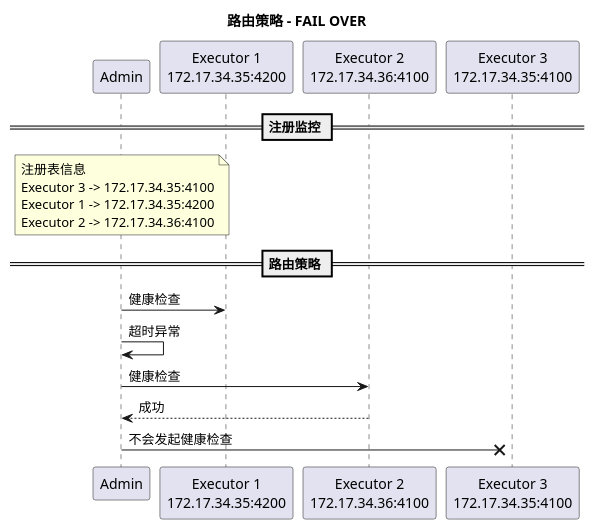
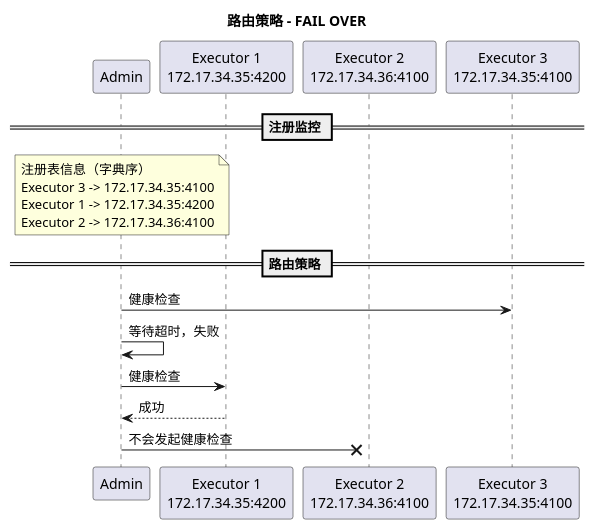
The diagram in doc/uml/sequence/admin/route-fail-over.puml (Sean-K-Wu/xxl-job), drawn with PlantUML before and after one commit. The commit also changed 13 other files, not shown here.

```diff
--- a/doc/uml/sequence/admin/route-fail-over.puml
+++ b/doc/uml/sequence/admin/route-fail-over.puml
@@ -1,23 +1,23 @@
 @startuml
 title 路由策略 - FAIL OVER
 
 participant a as "Admin" order 10
 participant e1 as "Executor 1\n172.17.34.35:4200" order 20
 participant e2 as "Executor 2\n172.17.34.36:4100" order 30
 participant e3 as "Executor 3\n172.17.34.35:4100" order 40
 
 == 注册监控 ==
 note over a
-    注册表信息
+    注册表信息（字典序）
     Executor 3 -> 172.17.34.35:4100
     Executor 1 -> 172.17.34.35:4200
     Executor 2 -> 172.17.34.36:4100
 end note
 
 == 路由策略 ==
+a -> e3 : 健康检查
+a -> a : 等待超时，失败
 a -> e1 : 健康检查
-a -> a : 超时异常
-a -> e2 : 健康检查
-a <-- e2 : 成功
-a ->X e3: 不会发起健康检查
+a <-- e1 : 成功
+a ->X e2: 不会发起健康检查
 @enduml
```
